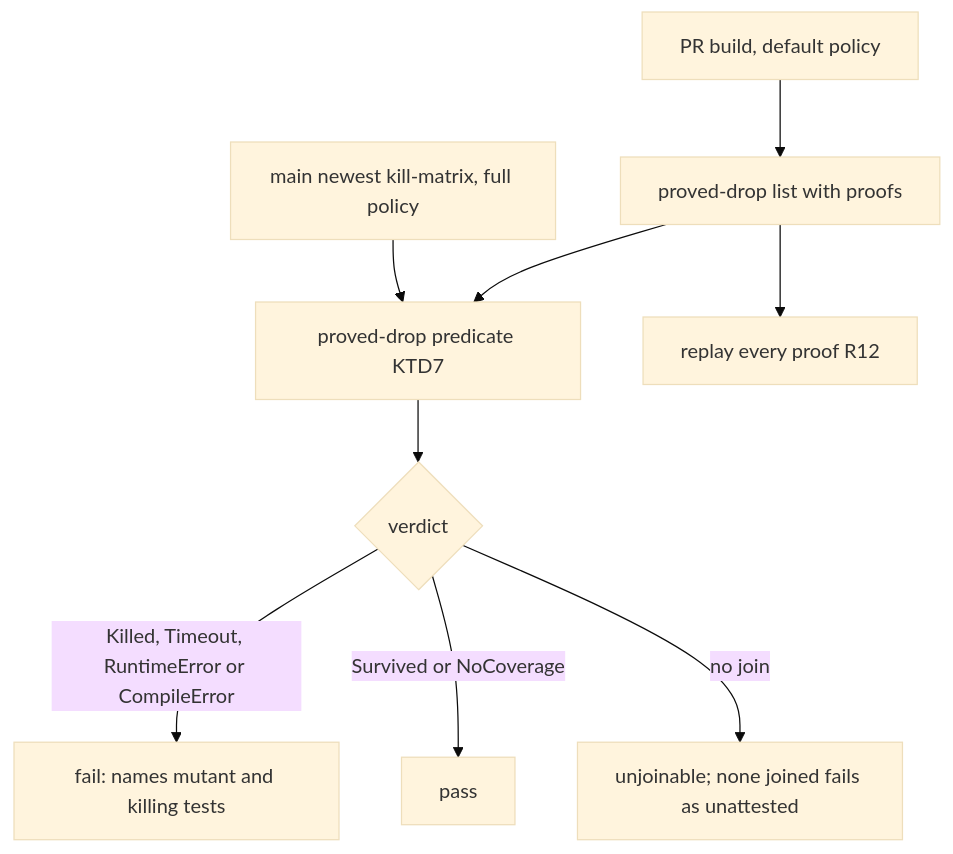
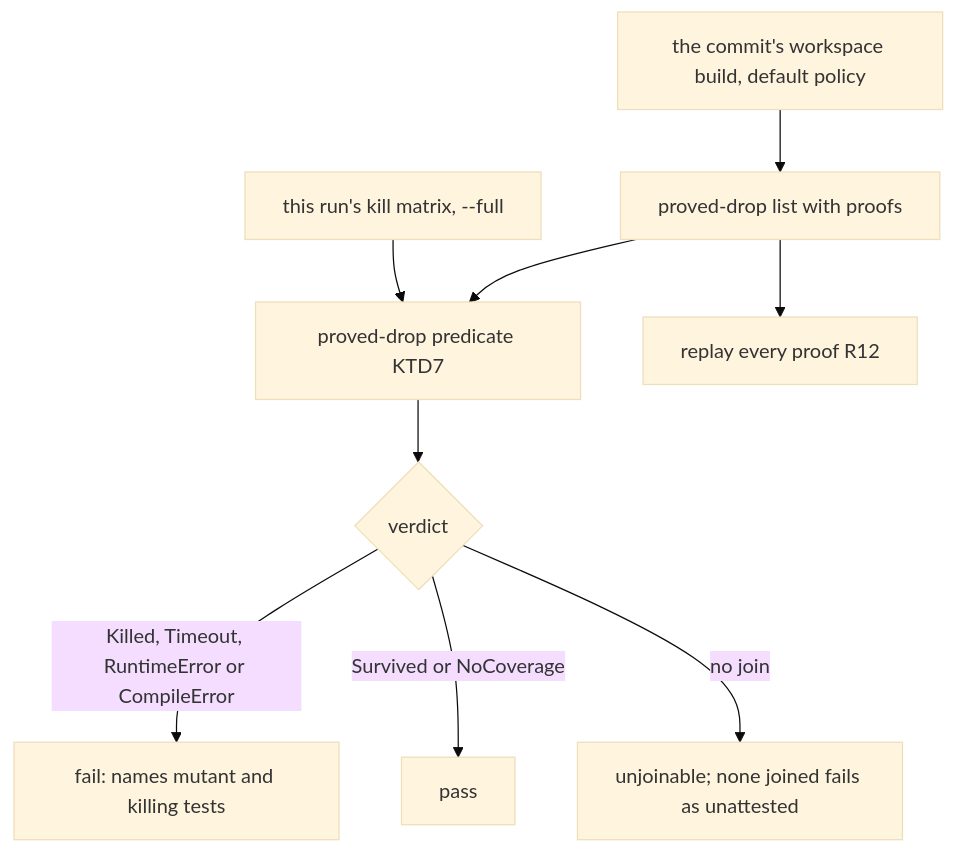
The third of 3 diagrams in docs/plans/2026-10-13-0842-feat-smt-proved-equivalents-plan.md (systemfsoftware/stryker-js-effect), drawn with Mermaid (base theme) before and after one commit. The commit also changed other lines of this file, not shown here.

````diff
--- a/docs/plans/2026-10-13-0842-feat-smt-proved-equivalents-plan.md
+++ b/docs/plans/2026-10-13-0842-feat-smt-proved-equivalents-plan.md
@@ -240,11 +242,11 @@
 ```mermaid
 flowchart TB
-  B[PR build, default policy] --> D[proved-drop list with proofs]
-  K[main newest kill-matrix, full policy] --> Q[proved-drop predicate KTD7]
+  B[the commit's workspace build, default policy] --> D[proved-drop list with proofs]
+  K[this run's kill matrix, --full] --> Q[proved-drop predicate KTD7]
   D --> Q
   D --> RP[replay every proof R12]
   Q --> V{verdict}
   V -->|Killed, Timeout, RuntimeError or CompileError| F[fail: names mutant and killing tests]
   V -->|Survived or NoCoverage| OK[pass]
   V -->|no join| UJ[unjoinable; none joined fails as unattested]
 ```
````
